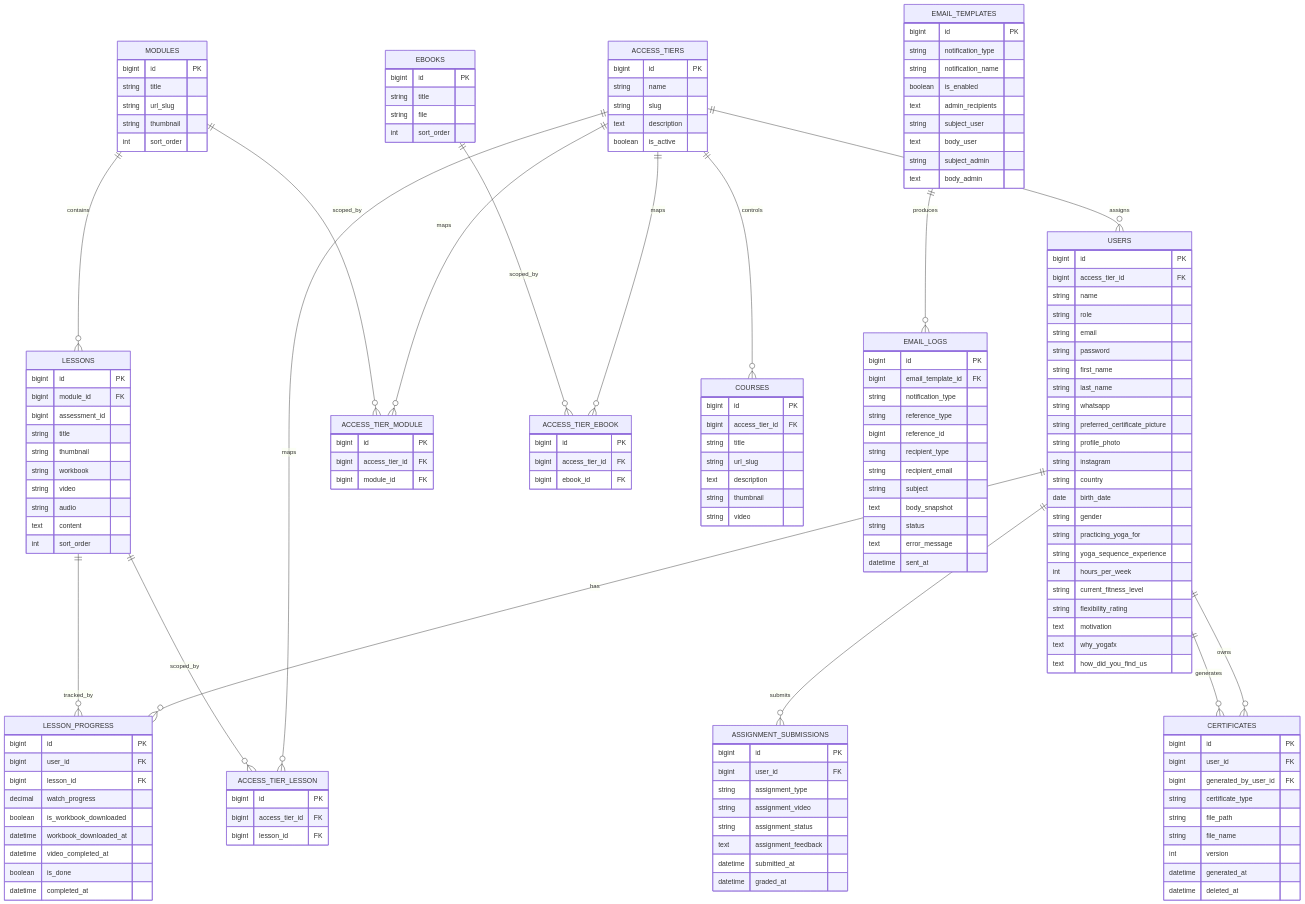
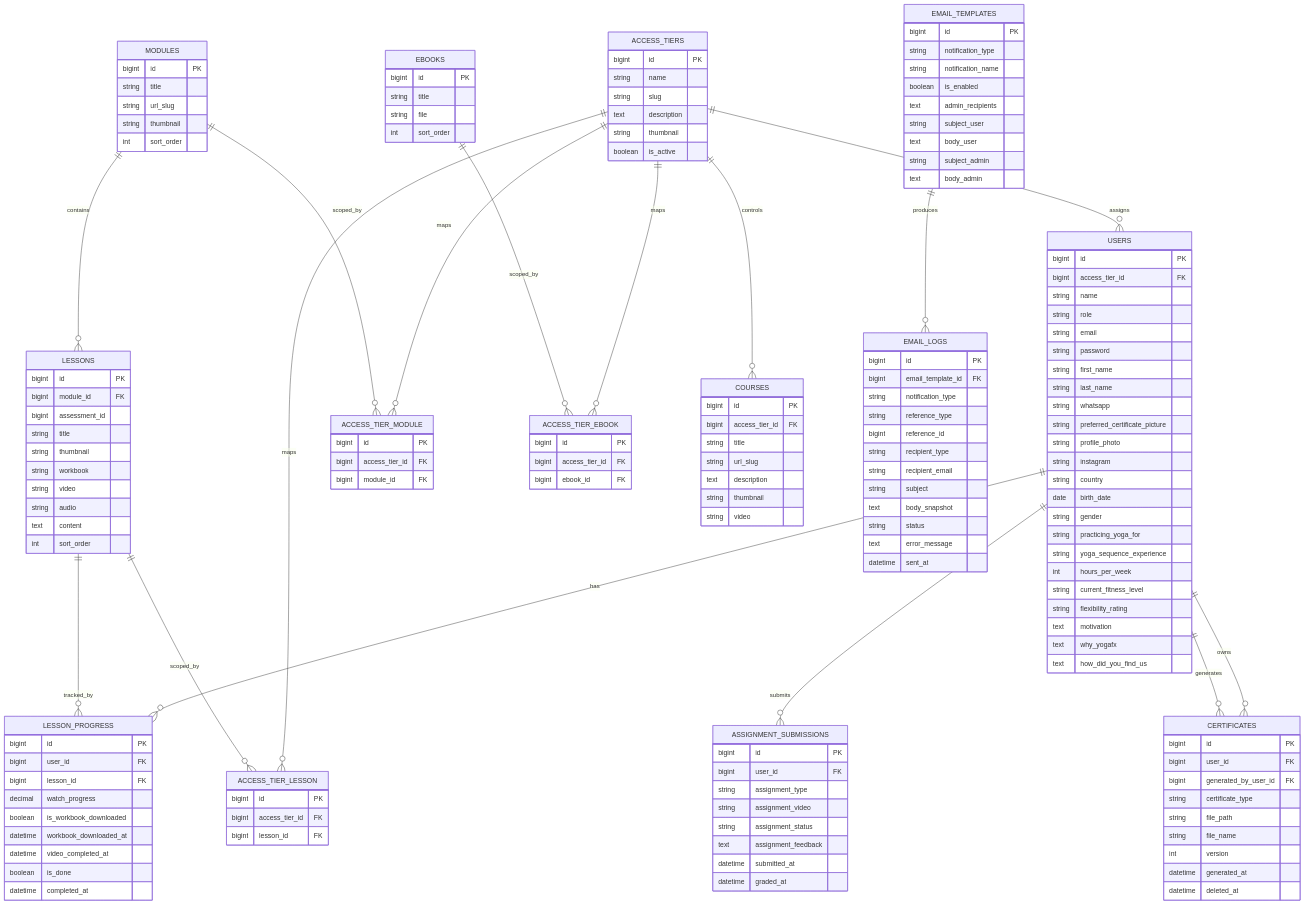
Before and after one commit to weslyambaritaa/YogaFX-Learning-Management-System-Web: the diagram in docs/03-erd.md, drawn with Mermaid. The commit also changed other lines of this file and 28 other files, not shown here.

```diff
--- a/docs/03-erd.md
+++ b/docs/03-erd.md
@@ -336,6 +337,7 @@
         string name
         string slug
         text description
+        string thumbnail
         boolean is_active
     }
 
```
